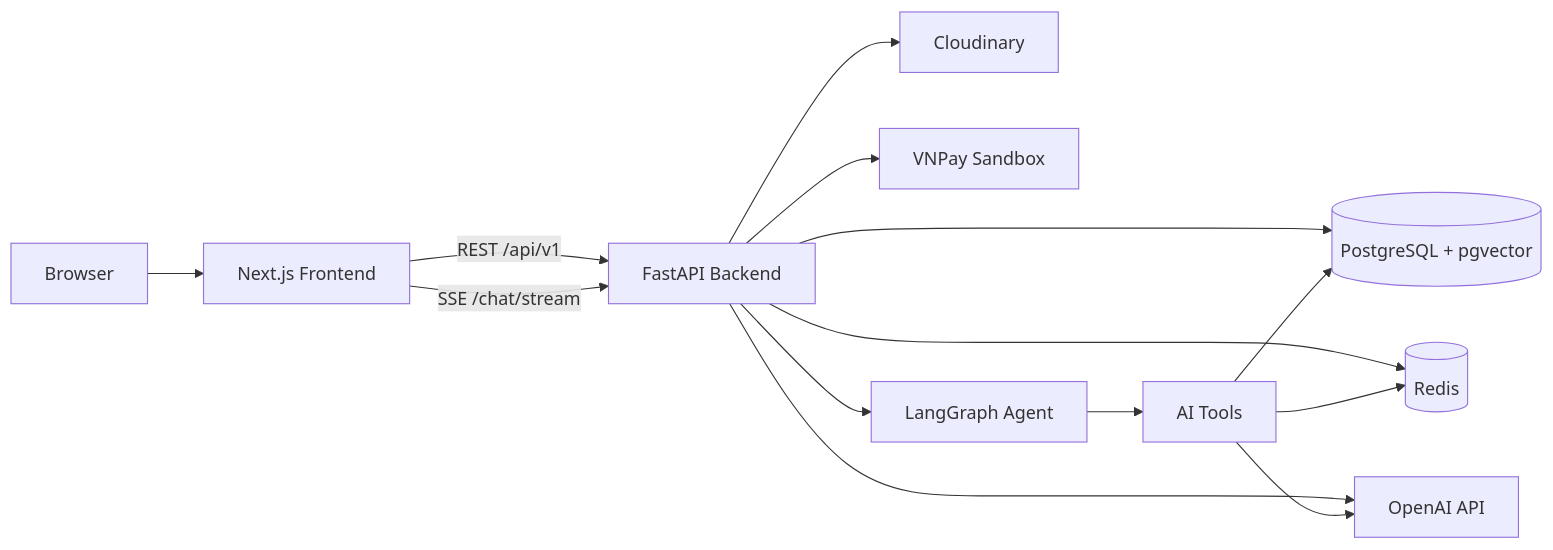
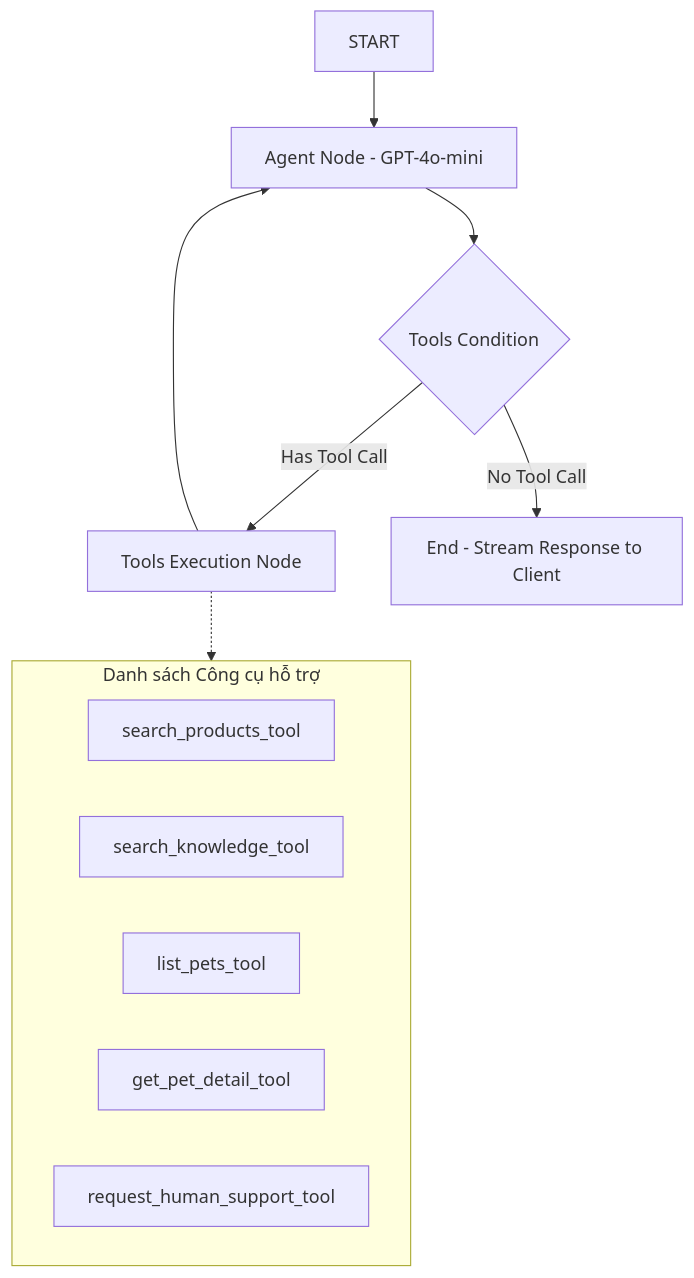
The diagram in ARCHITECTURE.md (quangliz/Petshop), drawn with Mermaid before and after one commit. The commit also changed other lines of this file and 18 other files, not shown here.

````diff
--- a/ARCHITECTURE.md
+++ b/ARCHITECTURE.md
@@ -18,18 +67,20 @@
 ```mermaid
-flowchart LR
-    U[Browser] --> FE[Next.js Frontend]
-    FE -->|REST /api/v1| API[FastAPI Backend]
-    FE -->|SSE /chat/stream| API
-
-    API --> DB[(PostgreSQL + pgvector)]
-    API --> Redis[(Redis)]
-    API --> Cloudinary[Cloudinary]
-    API --> VNPay[VNPay Sandbox]
-    API --> OpenAI[OpenAI API]
-
-    API --> LG[LangGraph Agent]
-    LG --> Tools[AI Tools]
-    Tools --> DB
-    Tools --> Redis
-    Tools --> OpenAI
+graph TD
+    START --> NodeAgent[Agent Node - GPT-4o-mini]
+    NodeAgent --> Decision{Tools Condition}
+    
+    Decision -->|Has Tool Call| NodeTools[Tools Execution Node]
+    NodeTools --> NodeAgent
+    
+    Decision -->|No Tool Call| END[End - Stream Response to Client]
+    
+    subgraph Tools [Danh sách Công cụ hỗ trợ]
+        search_products_tool[search_products_tool]
+        search_knowledge_tool[search_knowledge_tool]
+        list_pets_tool[list_pets_tool]
+        get_pet_detail_tool[get_pet_detail_tool]
+        request_human_support_tool[request_human_support_tool]
+    end
+    
+    NodeTools -.-> Tools
 ```
````
